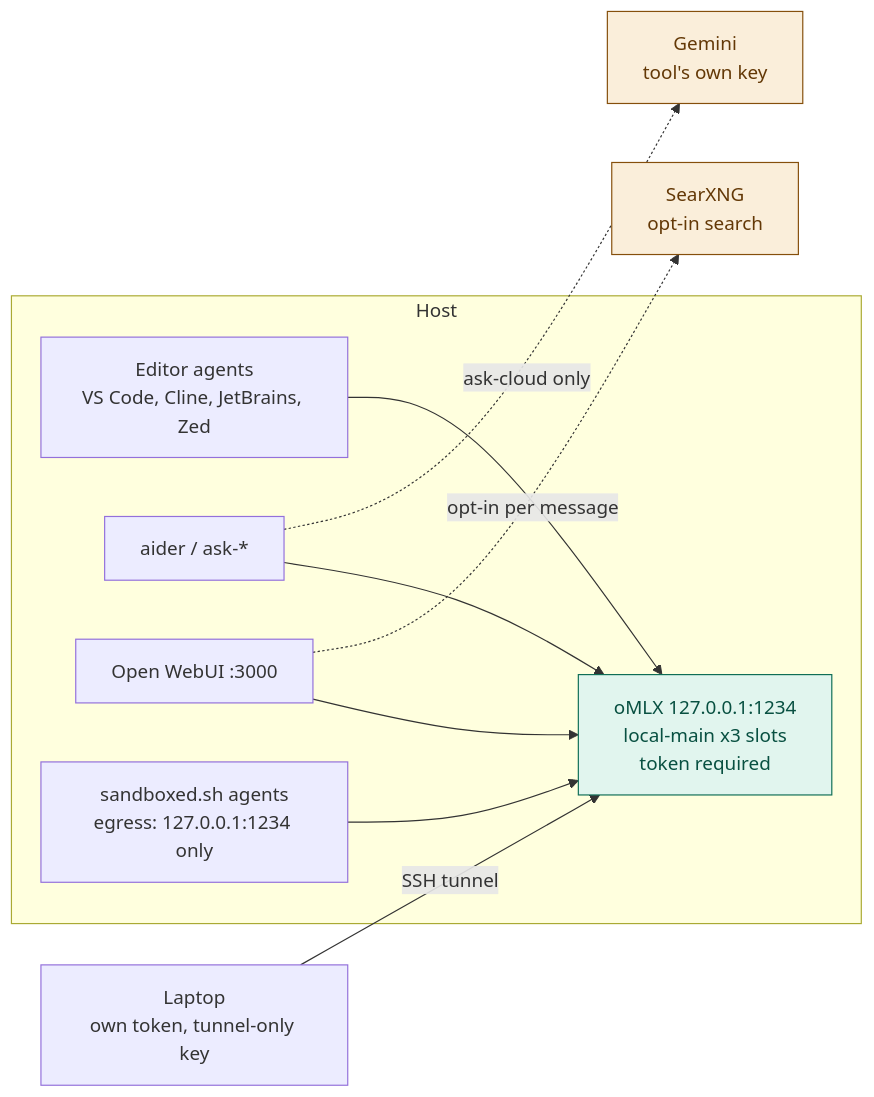
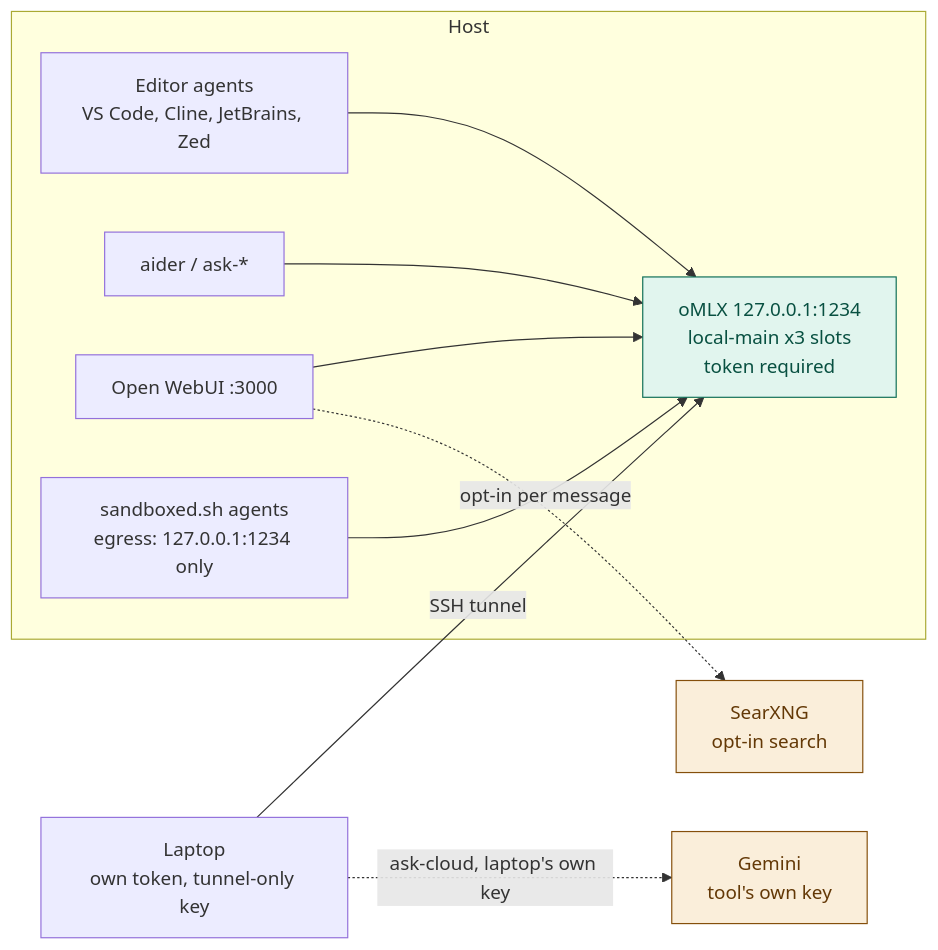
One commit to ouster/hearth changed the diagram in README.md. Above: the diagram before and after it, drawn with Mermaid. The commit also changed other lines of this file and 17 other files, not shown here.

First line of the commit message:
Make cloud-cheap client-only and trim the ask aliases.

````diff
--- a/README.md
+++ b/README.md
@@ -28,26 +31,26 @@
 ```mermaid
 flowchart LR
     subgraph host["Host"]
         zed["Editor agents<br/>VS Code, Cline, JetBrains, Zed"]
         aider["aider / ask-*"]
         webui["Open WebUI :3000"]
         sbx["sandboxed.sh agents<br/>egress: 127.0.0.1:1234 only"]
         srv["oMLX 127.0.0.1:1234<br/>local-main x3 slots<br/>token required"]
     end
     laptop["Laptop<br/>own token, tunnel-only key"]
     cloud["Gemini<br/>tool's own key"]
     searx["SearXNG<br/>opt-in search"]
 
     zed --> srv
     aider --> srv
     webui --> srv
     sbx --> srv
     laptop -->|"SSH tunnel"| srv
-    aider -.->|"ask-cloud only"| cloud
+    laptop -.->|"ask-cloud, laptop's own key"| cloud
     webui -.->|"opt-in per message"| searx
 
     classDef localCls fill:#E1F5EE,stroke:#0F6E56,color:#085041
     classDef leaveCls fill:#FAEEDA,stroke:#854F0B,color:#633806
     class srv localCls
     class cloud,searx leaveCls
 ```
````
